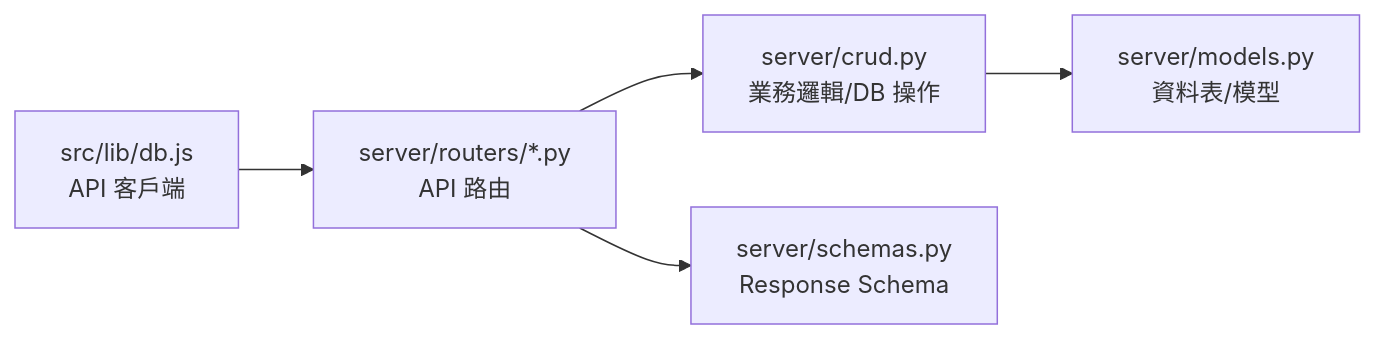
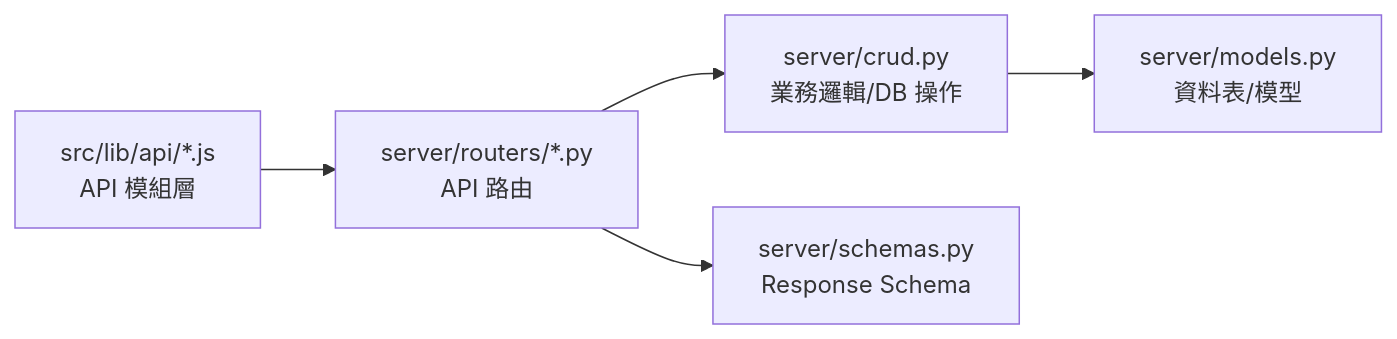
Before and after one commit to Shawn-csy/write_project: the first of 15 diagrams in docs/product/data-flows.md, drawn with Mermaid. The commit also changed other lines of this file and 113 other files, not shown here.

````diff
--- a/docs/product/data-flows.md
+++ b/docs/product/data-flows.md
@@ -9,7 +9,7 @@
 ```mermaid
 flowchart LR
-  A[src/lib/db.js\nAPI 客戶端] --> B[server/routers/*.py\nAPI 路由]
+  A[src/lib/api/*.js\nAPI 模組層] --> B[server/routers/*.py\nAPI 路由]
   B --> C[server/crud.py\n業務邏輯/DB 操作]
   C --> D[server/models.py\n資料表/模型]
   B --> E[server/schemas.py\nResponse Schema]
 ```
````
